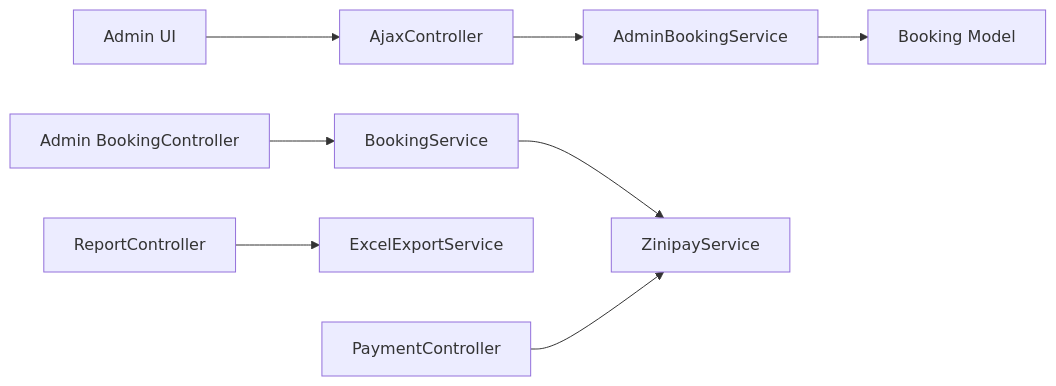
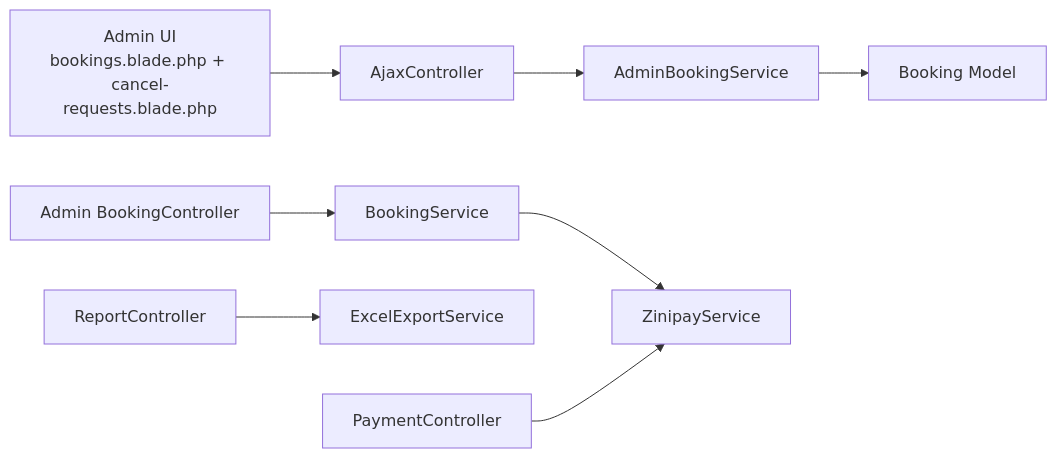
One commit to mahbub095/bus-app changed the ninth of 9 diagrams in .qoder/repowiki/en/content/Administrative Dashboard/Booking Management & Oversight/Booking Management & Oversight.md. Above: the diagram before and after it, drawn with Mermaid. The commit also changed other lines of this file and 119 other files, not shown here.

````diff
--- a/.qoder/repowiki/en/content/Administrative Dashboard/Booking Management & Oversight/Booking Management & Oversight.md
+++ b/.qoder/repowiki/en/content/Administrative Dashboard/Booking Management & Oversight/Booking Management & Oversight.md
@@ -478,10 +570,10 @@
 ```mermaid
 graph LR
-UI["Admin UI"] --> AC["AjaxController"]
+UI["Admin UI<br/>bookings.blade.php + cancel-requests.blade.php"] --> AC["AjaxController"]
 AC --> ABS["AdminBookingService"]
 ABS --> BM["Booking Model"]
 ABC["Admin BookingController"] --> BS["BookingService"]
 BS --> ZP["ZinipayService"]
 RC["ReportController"] --> EES["ExcelExportService"]
 PC["PaymentController"] --> ZP
 ```
````
